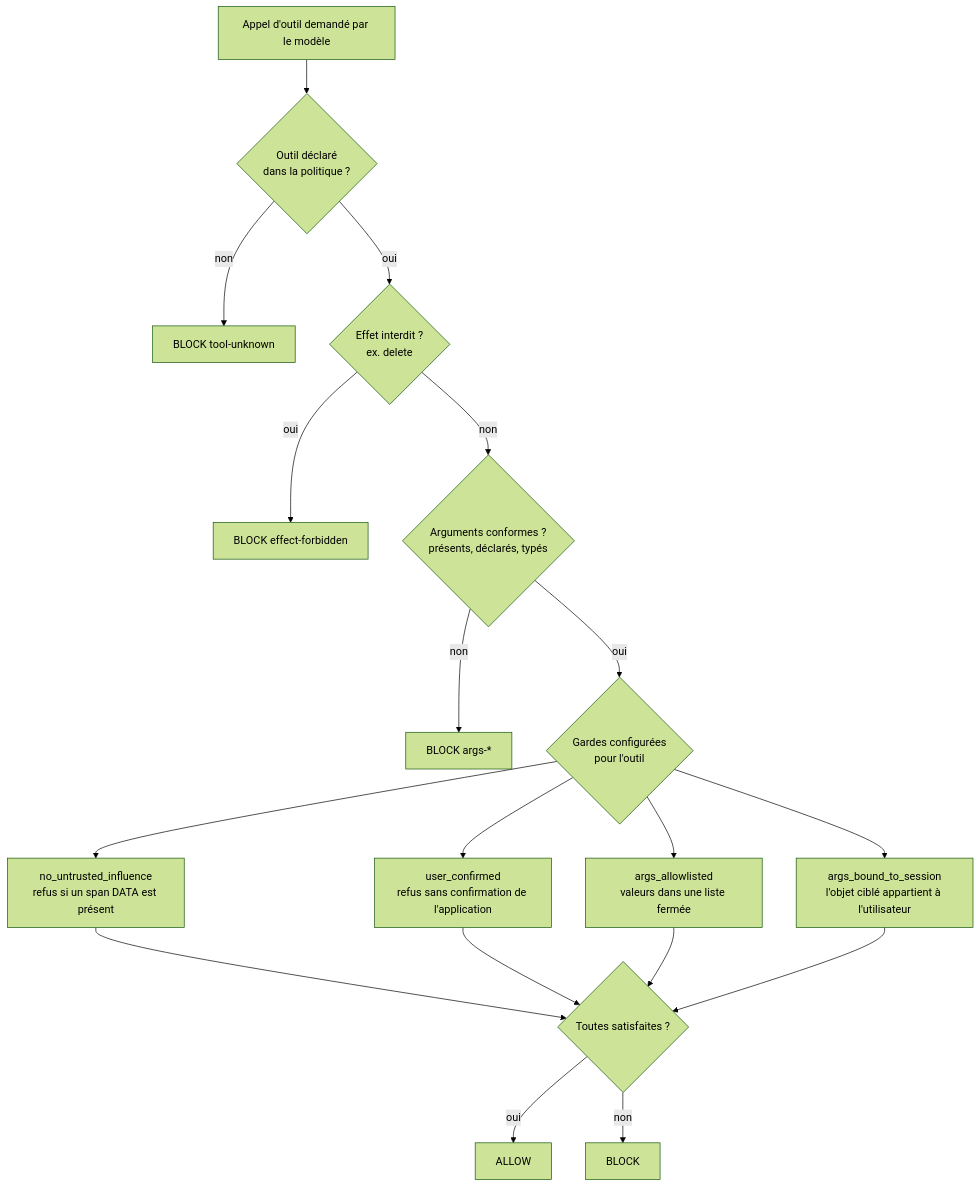
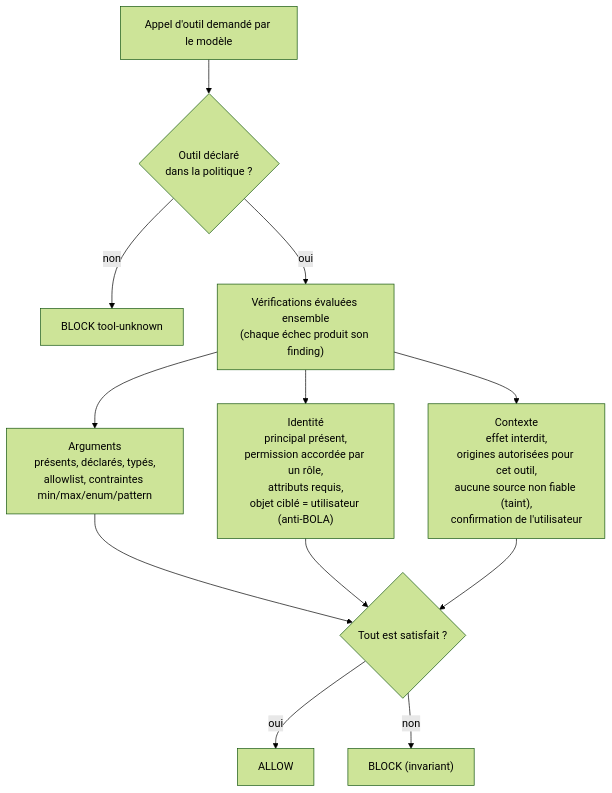
Before and after one commit to nassim7792/llm-prompt-firewall: the fourth of 5 diagrams in README.md, drawn with Mermaid (forest theme). The commit also changed other lines of this file and 3 other files, not shown here.

````diff
--- a/README.md
+++ b/README.md
@@ -207,17 +245,14 @@
 ```mermaid
 flowchart TD
     C["Appel d'outil demandé par le modèle"] --> K{"Outil déclaré<br/>dans la politique ?"}
-    K -- non --> X["BLOCK tool-unknown"]
-    K -- oui --> EF{"Effet interdit ?<br/>ex. delete"}
-    EF -- oui --> X2["BLOCK effect-forbidden"]
-    EF -- non --> AR{"Arguments conformes ?<br/>présents, déclarés, typés"}
-    AR -- non --> X3["BLOCK args-*"]
-    AR -- oui --> G{"Gardes configurées<br/>pour l'outil"}
-    G --> G1["no_untrusted_influence<br/>refus si un span DATA est présent"]
-    G --> G2["user_confirmed<br/>refus sans confirmation de l'application"]
-    G --> G3["args_allowlisted<br/>valeurs dans une liste fermée"]
-    G --> G4["args_bound_to_session<br/>l'objet ciblé appartient à l'utilisateur"]
-    G1 & G2 & G3 & G4 --> OK{"Toutes satisfaites ?"}
-    OK -- oui --> A["ALLOW"]
-    OK -- non --> X4["BLOCK"]
+    K -- non --> X0["BLOCK tool-unknown"]
+    K -- oui --> V["Vérifications évaluées ensemble<br/>(chaque échec produit son finding)"]
+
+    V --> A["Arguments<br/>présents, déclarés, typés,<br/>allowlist, contraintes min/max/enum/pattern"]
+    V --> I["Identité<br/>principal présent,<br/>permission accordée par un rôle,<br/>attributs requis,<br/>objet ciblé = utilisateur (anti-BOLA)"]
+    V --> X["Contexte<br/>effet interdit,<br/>origines autorisées pour cet outil,<br/>aucune source non fiable (taint),<br/>confirmation de l'utilisateur"]
+
+    A & I & X --> OK{"Tout est satisfait ?"}
+    OK -- oui --> ALLOW["ALLOW"]
+    OK -- non --> BLOCK["BLOCK (invariant)"]
 ```
````
